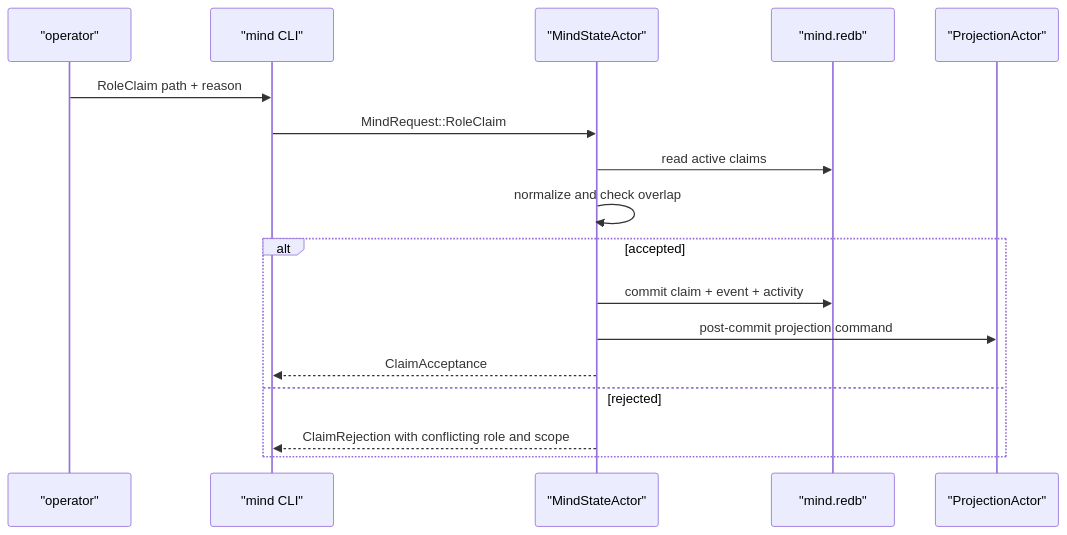
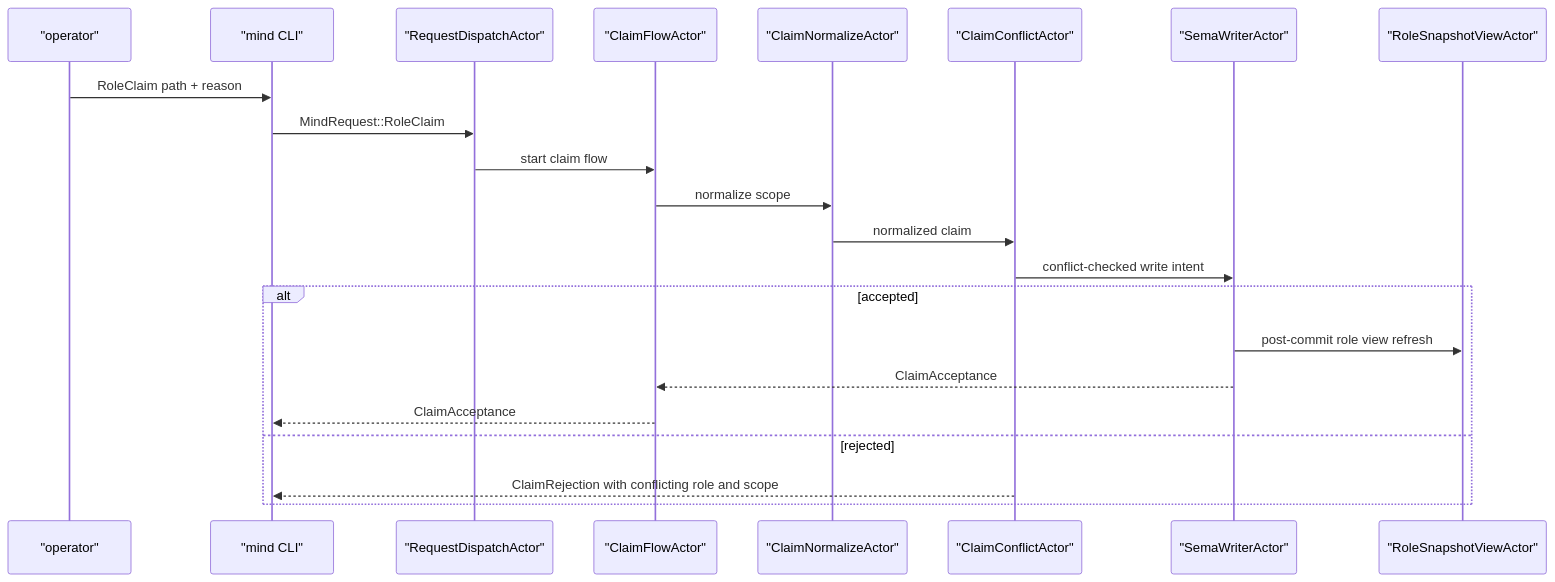
One commit to LiGoldragon/primary changed diagram 16 of 24 in reports/operator/101-persona-mind-full-architecture-proposal.md. Above: the diagram before and after it, drawn with Mermaid. The commit also changed other lines of this file, not shown here.

Commit message:
expand persona-mind actor architecture visuals

````diff
--- a/reports/operator/101-persona-mind-full-architecture-proposal.md
+++ b/reports/operator/101-persona-mind-full-architecture-proposal.md
@@ -218,20 +530,25 @@
 ```mermaid
 sequenceDiagram
     participant A as "operator"
     participant C as "mind CLI"
-    participant M as "MindStateActor"
-    participant D as "mind.redb"
-    participant P as "ProjectionActor"
+    participant D as "RequestDispatchActor"
+    participant F as "ClaimFlowActor"
+    participant N as "ClaimNormalizeActor"
+    participant X as "ClaimConflictActor"
+    participant W as "SemaWriterActor"
+    participant V as "RoleSnapshotViewActor"
 
     A->>C: RoleClaim path + reason
-    C->>M: MindRequest::RoleClaim
-    M->>D: read active claims
-    M->>M: normalize and check overlap
+    C->>D: MindRequest::RoleClaim
+    D->>F: start claim flow
+    F->>N: normalize scope
+    N->>X: normalized claim
+    X->>W: conflict-checked write intent
     alt accepted
-        M->>D: commit claim + event + activity
-        M->>P: post-commit projection command
-        M-->>C: ClaimAcceptance
+        W->>V: post-commit role view refresh
+        W-->>F: ClaimAcceptance
+        F-->>C: ClaimAcceptance
     else rejected
-        M-->>C: ClaimRejection with conflicting role and scope
+        X-->>C: ClaimRejection with conflicting role and scope
     end
 ```
````
